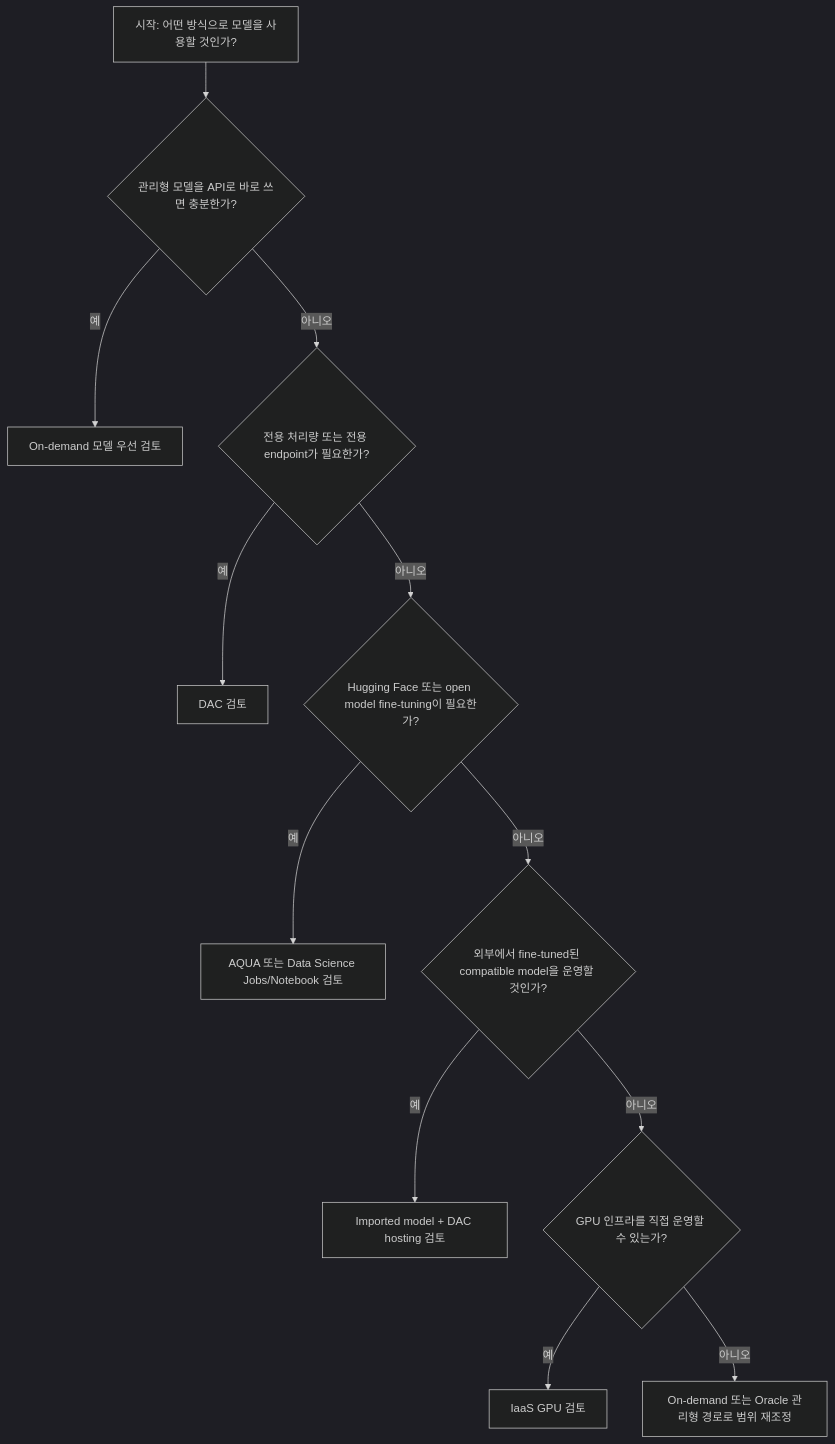
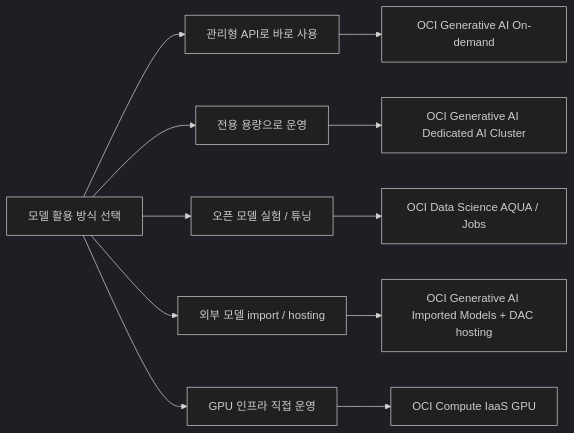
One commit to dontotl/oci-genai-guide-maintenance changed the first of 2 diagrams in docs/LATEST.md. Above: the diagram before and after it, drawn with Mermaid (dark theme). The commit also changed other lines of this file and 2 other files, not shown here.

Commit message:
Refine customer architecture diagrams

````diff
--- a/docs/LATEST.md
+++ b/docs/LATEST.md
@@ -14,14 +14,14 @@
 ```mermaid
-flowchart TD
-  A["시작: 어떤 방식으로 모델을 사용할 것인가?"] --> B{"관리형 모델을 API로 바로 쓰면 충분한가?"}
-  B -->|예| C["On-demand 모델 우선 검토"]
-  B -->|아니오| D{"전용 처리량 또는 전용 endpoint가 필요한가?"}
-  D -->|예| E["DAC 검토"]
-  D -->|아니오| F{"Hugging Face 또는 open model fine-tuning이 필요한가?"}
-  F -->|예| G["AQUA 또는 Data Science Jobs/Notebook 검토"]
-  F -->|아니오| H{"외부에서 fine-tuned된 compatible model을 운영할 것인가?"}
-  H -->|예| I["Imported model + DAC hosting 검토"]
-  H -->|아니오| J{"GPU 인프라를 직접 운영할 수 있는가?"}
-  J -->|예| K["IaaS GPU 검토"]
-  J -->|아니오| L["On-demand 또는 Oracle 관리형 경로로 범위 재조정"]
+flowchart LR
+  A["모델 활용 방식 선택"] --> B["관리형 API로 바로 사용"]
+  A --> C["전용 용량으로 운영"]
+  A --> D["오픈 모델 실험 / 튜닝"]
+  A --> E["외부 모델 import / hosting"]
+  A --> F["GPU 인프라 직접 운영"]
+
+  B --> B1["OCI Generative AI On-demand"]
+  C --> C1["OCI Generative AI Dedicated AI Cluster"]
+  D --> D1["OCI Data Science AQUA / Jobs"]
+  E --> E1["OCI Generative AI Imported Models + DAC hosting"]
+  F --> F1["OCI Compute IaaS GPU"]
 ```
````
